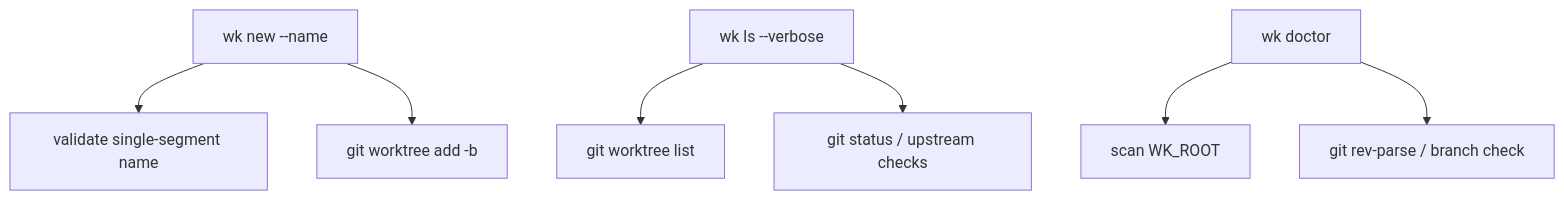
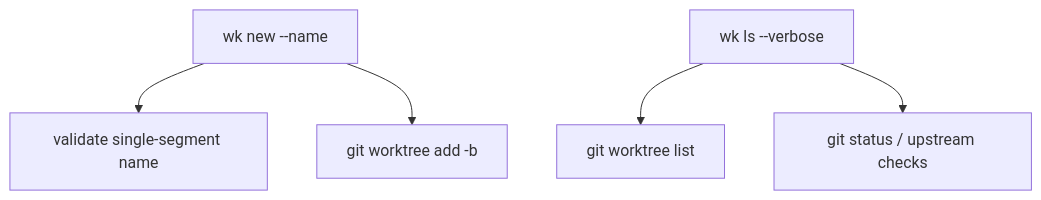
Before and after one commit to fannheyward/wk: the diagram in docs/plan/wk-core-worktree-features-plan.md, drawn with Mermaid. The commit also changed other lines of this file and 10 other files, not shown here.

````diff
--- a/docs/plan/wk-core-worktree-features-plan.md
+++ b/docs/plan/wk-core-worktree-features-plan.md
@@ -20,9 +18,7 @@
 ```mermaid
 flowchart TD
     NEW["wk new --name"] --> NAME["validate single-segment name"]
     NEW --> ADD["git worktree add -b"]
     LS["wk ls --verbose"] --> WTLS["git worktree list"]
     LS --> STATUS["git status / upstream checks"]
-    DOCTOR["wk doctor"] --> ROOT["scan WK_ROOT"]
-    DOCTOR --> CHECK["git rev-parse / branch check"]
 ```
````
